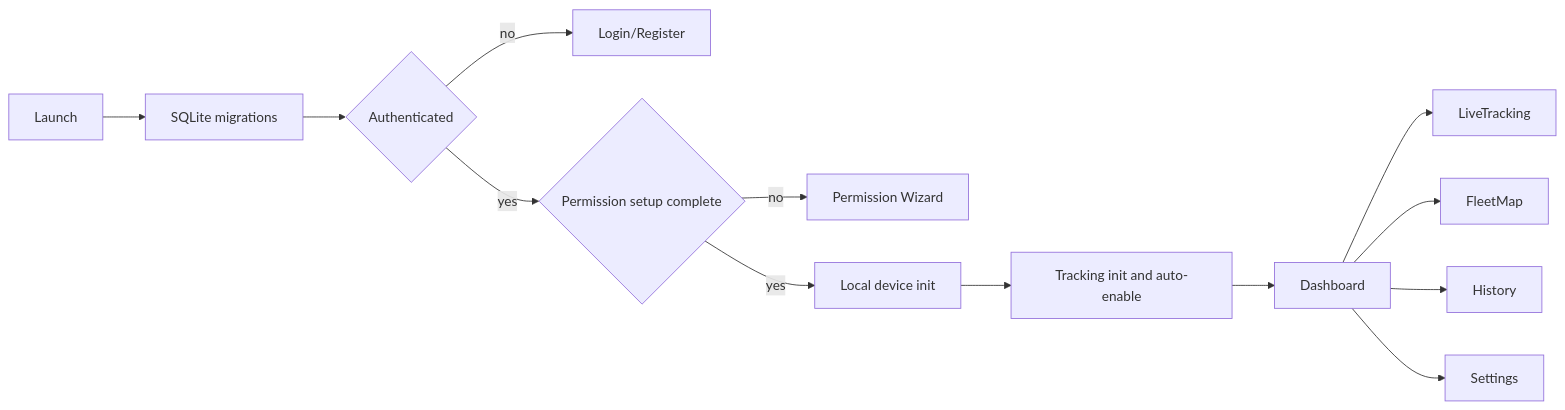
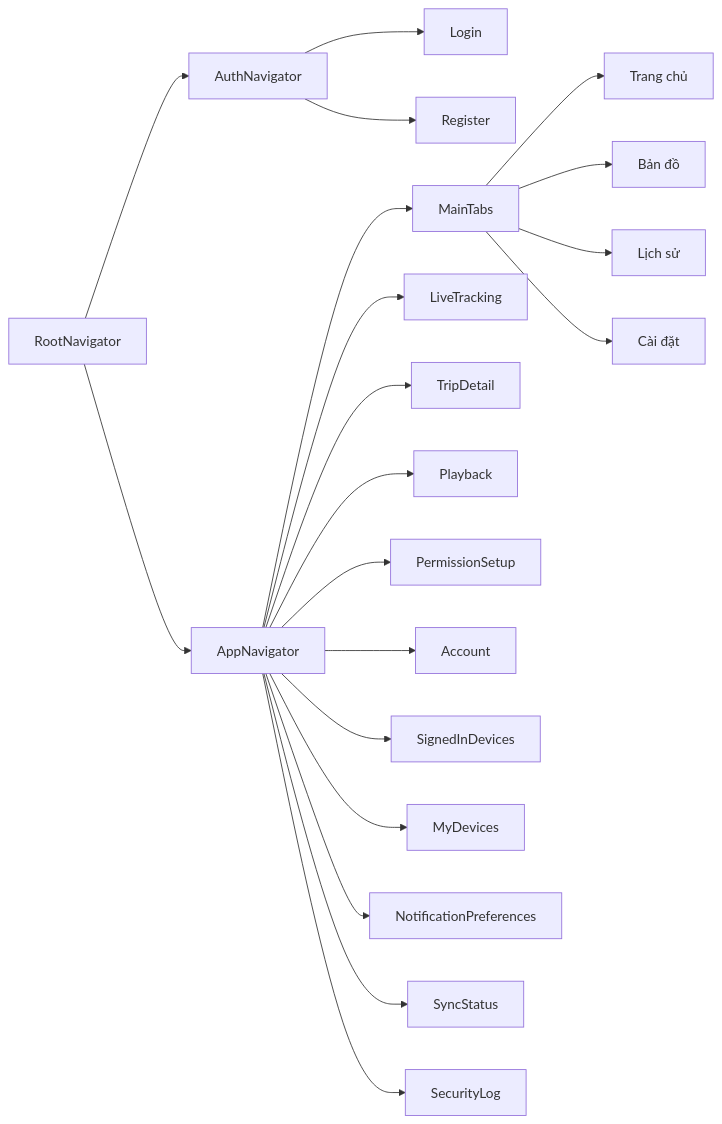
The second of 4 diagrams in PROJECT_EXPORT.md (bupbalabup/MMA301), drawn with Mermaid before and after one commit. The commit also changed other lines of this file and 22 other files, not shown here.

````diff
--- a/PROJECT_EXPORT.md
+++ b/PROJECT_EXPORT.md
@@ -47,15 +60,22 @@
 ```mermaid
 flowchart LR
-  Launch --> SQLite[SQLite migrations]
-  SQLite --> Auth{Authenticated}
-  Auth -- no --> LoginRegister[Login/Register]
-  Auth -- yes --> Setup{Permission setup complete}
-  Setup -- no --> Wizard[Permission Wizard]
-  Setup -- yes --> Device[Local device init]
-  Device --> Tracking[Tracking init and auto-enable]
-  Tracking --> Dashboard
-  Dashboard --> LiveTracking
-  Dashboard --> FleetMap
-  Dashboard --> History
-  Dashboard --> Settings
+  RootNavigator --> AuthNavigator
+  RootNavigator --> AppNavigator
+  AuthNavigator --> Login
+  AuthNavigator --> Register
+  AppNavigator --> MainTabs
+  MainTabs --> HomeTab[Trang chủ]
+  MainTabs --> MapTab[Bản đồ]
+  MainTabs --> HistoryTab[Lịch sử]
+  MainTabs --> SettingsTab[Cài đặt]
+  AppNavigator --> LiveTracking
+  AppNavigator --> TripDetail
+  AppNavigator --> Playback
+  AppNavigator --> PermissionSetup
+  AppNavigator --> Account
+  AppNavigator --> SignedInDevices
+  AppNavigator --> MyDevices
+  AppNavigator --> NotificationPreferences
+  AppNavigator --> SyncStatus
+  AppNavigator --> SecurityLog
 ```
````
